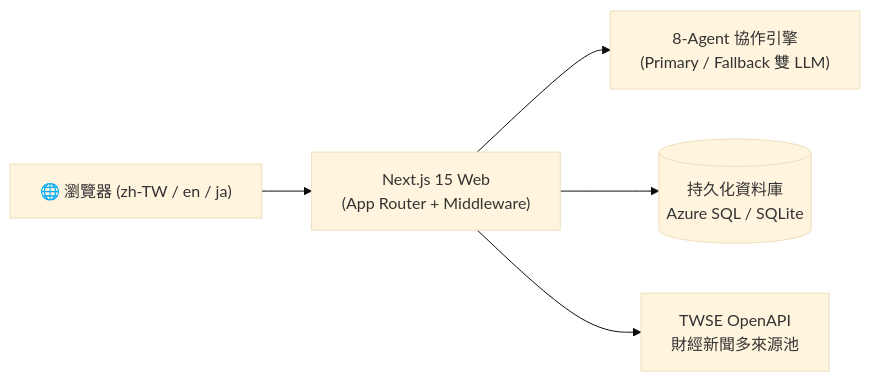
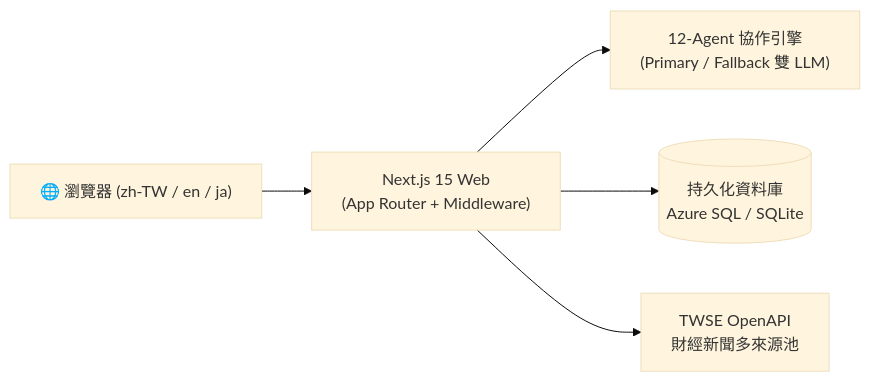
Before and after one commit to YozoraRoy/Vestential: the diagram in README.md, drawn with Mermaid (base theme). The commit also changed other lines of this file and 4 other files, not shown here.

````diff
--- a/README.md
+++ b/README.md
@@ -38,7 +39,7 @@
 ```mermaid
 flowchart LR
     Browser["🌐 瀏覽器 (zh-TW / en / ja)"] --> Next["Next.js 15 Web<br/>(App Router + Middleware)"]
-    Next --> AgentEngine["8-Agent 協作引擎<br/>(Primary / Fallback 雙 LLM)"]
+    Next --> AgentEngine["12-Agent 協作引擎<br/>(Primary / Fallback 雙 LLM)"]
     Next --> DB[("持久化資料庫<br/>Azure SQL / SQLite")]
     Next --> ExtData["TWSE OpenAPI<br/>財經新聞多來源池"]
 ```
````
